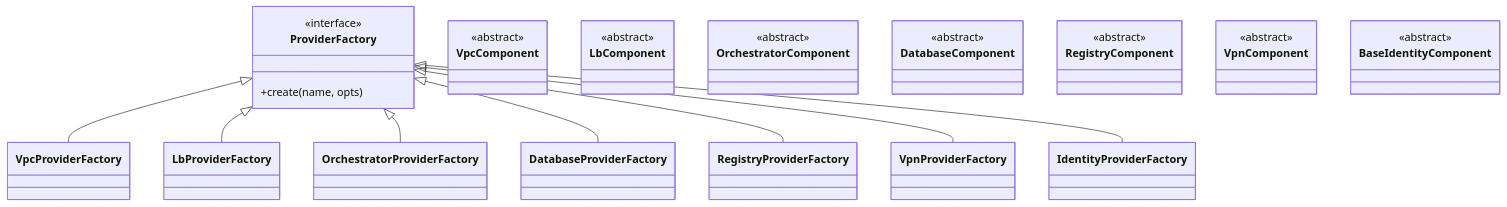
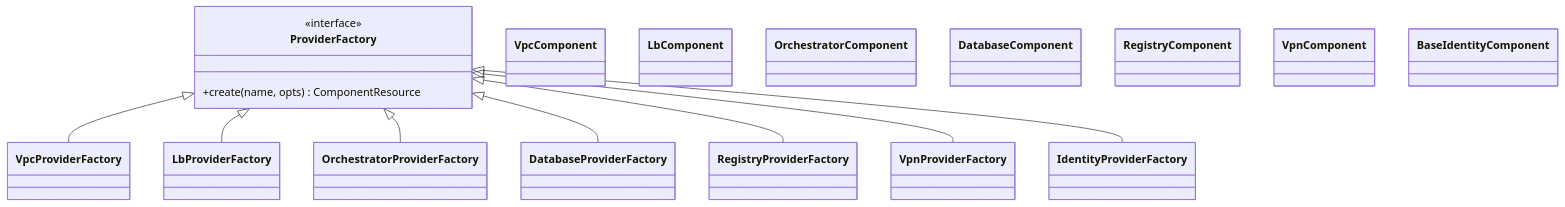
The first of 4 diagrams in README.md (mandypepe/sdd_spec_pulumi), drawn with Mermaid before and after one commit. The commit also changed other lines of this file, not shown here.

````diff
--- a/README.md
+++ b/README.md
@@ -21,36 +21,22 @@
 ```mermaid
 classDiagram
     class ProviderFactory {
         <<interface>>
-        +create(name, opts)
+        +create(name, opts) ComponentResource
     }
-    class VpcComponent {
-        <<abstract>>
-    }
-    class LbComponent {
-        <<abstract>>
-    }
-    class OrchestratorComponent {
-        <<abstract>>
-    }
-    class DatabaseComponent {
-        <<abstract>>
-    }
-    class RegistryComponent {
-        <<abstract>>
-    }
-    class VpnComponent {
-        <<abstract>>
-    }
-    class BaseIdentityComponent {
-        <<abstract>>
-    }
+    class VpcComponent
+    class LbComponent
+    class OrchestratorComponent
+    class DatabaseComponent
+    class RegistryComponent
+    class VpnComponent
+    class BaseIdentityComponent
 
     ProviderFactory <|-- VpcProviderFactory
     ProviderFactory <|-- LbProviderFactory
     ProviderFactory <|-- OrchestratorProviderFactory
     ProviderFactory <|-- DatabaseProviderFactory
     ProviderFactory <|-- RegistryProviderFactory
     ProviderFactory <|-- VpnProviderFactory
     ProviderFactory <|-- IdentityProviderFactory
 ```
````
